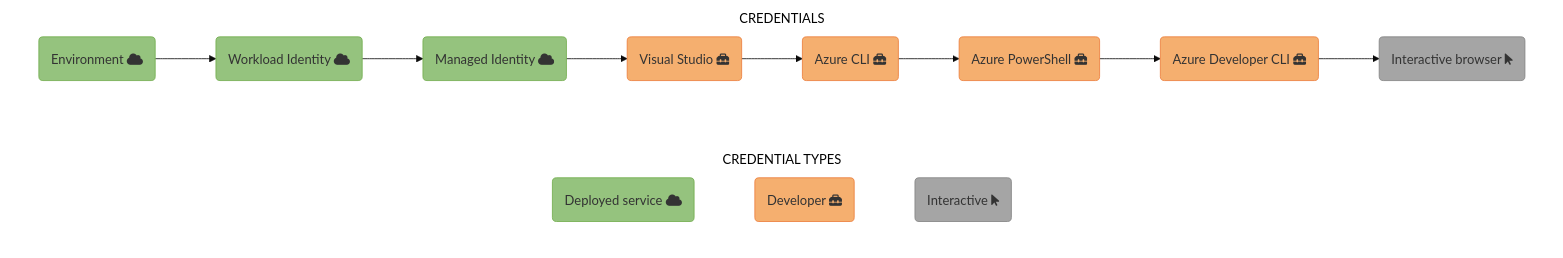
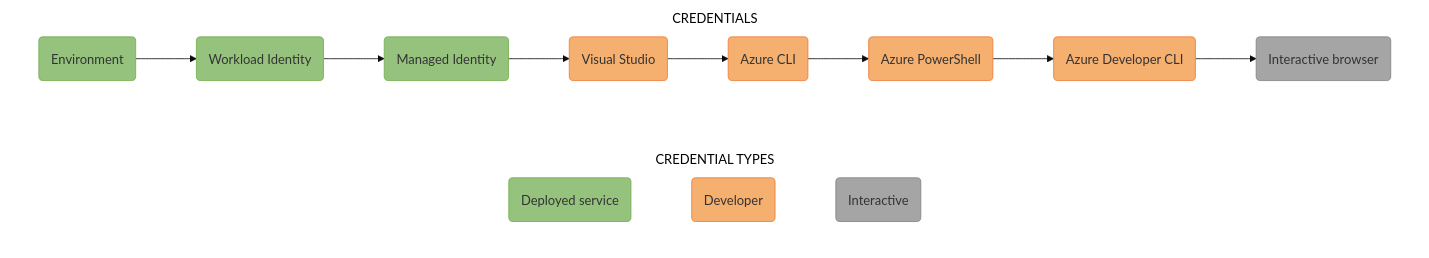
Before and after one commit to dotnet/docs: the diagram in docs/azure/sdk/media/mermaidjs/DefaultAzureCredentialAuthFlow.md, drawn with Mermaid. The commit also changed 2 other files, not shown here.

Commit message:
Accessibility improvements

````diff
--- a/docs/azure/sdk/media/mermaidjs/DefaultAzureCredentialAuthFlow.md
+++ b/docs/azure/sdk/media/mermaidjs/DefaultAzureCredentialAuthFlow.md
@@ -1,43 +1,46 @@
 ```mermaid
 %% STEPS TO GENERATE IMAGE
 %% =======================
 %% 1. Install mermaid CLI v10.9.1 (see https://github.com/mermaid-js/mermaid-cli/blob/master/README.md):
 %%    npm i -g @mermaid-js/mermaid-cli@10.9.1
 %% 2. Run command: mmdc -i DefaultAzureCredentialAuthFlow.md -o DefaultAzureCredentialAuthFlow.svg
 
 %%{
   init: {
     'theme': 'base',
     'themeVariables': {
       'tertiaryBorderColor': '#fff',
       'tertiaryColor': '#fff'
     }
   }
 }%%
 
 flowchart LR;
+    accTitle: DefaultAzureCredential authentication flow
+    accDescr: Flowchart showing the credential chain implemented by DefaultAzureCredential
+
     subgraph CREDENTIAL TYPES;
         direction LR;
-        Deployed(Deployed service fa:fa-cloud):::deployed ~~~ Developer(Developer fa:fa-toolbox):::developer ~~~ Interactive(Interactive fa:fa-arrow-pointer):::interactive;
+        Deployed(Deployed service):::deployed ~~~ Developer(Developer):::developer ~~~ Interactive(Interactive):::interactive;
     end;
 
     subgraph CREDENTIALS;
         direction LR;
-        A(Environment fa:fa-cloud):::deployed --> B(Workload Identity fa:fa-cloud):::deployed --> C(Managed Identity fa:fa-cloud):::deployed --> D(Visual Studio fa:fa-toolbox):::developer --> E(Azure CLI fa:fa-toolbox):::developer --> F(Azure PowerShell fa:fa-toolbox):::developer --> G(Azure Developer CLI fa:fa-toolbox):::developer --> H(Interactive browser fa:fa-arrow-pointer):::interactive;
+        A(Environment):::deployed --> B(Workload Identity):::deployed --> C(Managed Identity):::deployed --> D(Visual Studio):::developer --> E(Azure CLI):::developer --> F(Azure PowerShell):::developer --> G(Azure Developer CLI):::developer --> H(Interactive browser):::interactive;
     end;
 
     %% Define styles for credential type boxes
     classDef deployed fill:#95C37E, stroke:#71AD4C;
     classDef developer fill:#F5AF6F, stroke:#EB7C39;
     classDef interactive fill:#A5A5A5, stroke:#828282;
 
     %% Add API ref links to credential type boxes
     click A "https://learn.microsoft.com/dotnet/api/azure.identity.environmentcredential?view=azure-dotnet" _blank;
     click B "https://learn.microsoft.com/dotnet/api/azure.identity.workloadidentitycredential?view=azure-dotnet" _blank;
     click C "https://learn.microsoft.com/dotnet/api/azure.identity.managedidentitycredential?view=azure-dotnet" _blank;
     click D "https://learn.microsoft.com/dotnet/api/azure.identity.visualstudiocredential?view=azure-dotnet" _blank;
     click E "https://learn.microsoft.com/dotnet/api/azure.identity.azureclicredential?view=azure-dotnet" _blank;
     click F "https://learn.microsoft.com/dotnet/api/azure.identity.azurepowershellcredential?view=azure-dotnet" _blank;
     click G "https://learn.microsoft.com/dotnet/api/azure.identity.azuredeveloperclicredential?view=azure-dotnet" _blank
     click H "https://learn.microsoft.com/dotnet/api/azure.identity.interactivebrowsercredential?view=azure-dotnet" _blank;
 ```
````
